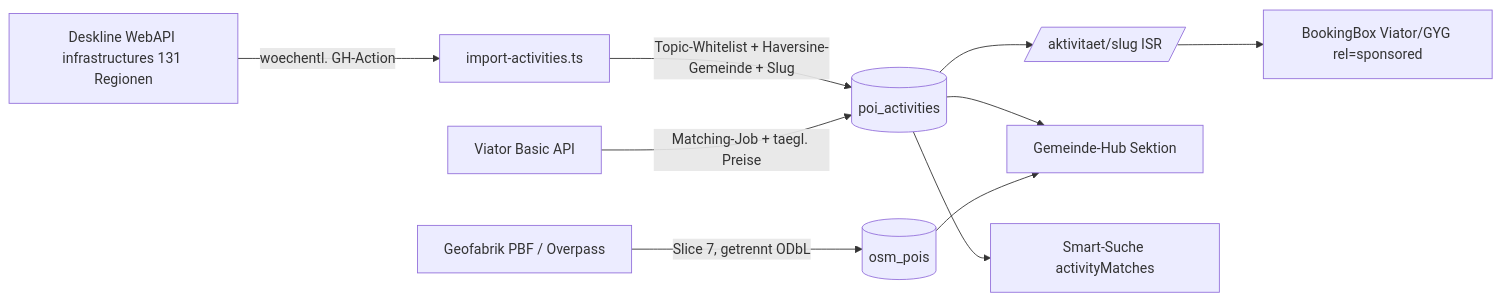
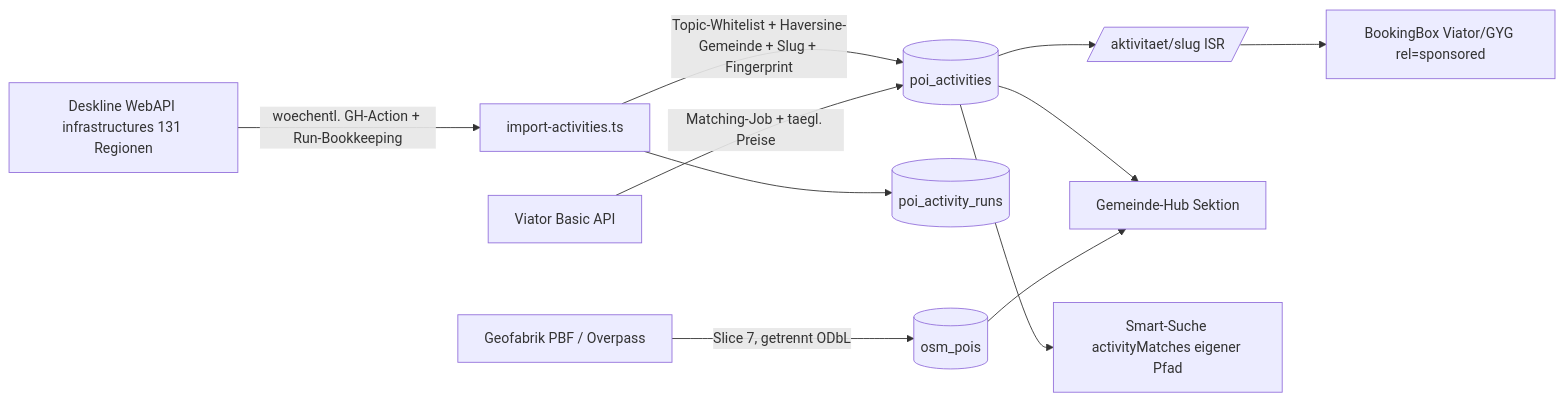
Before and after one commit to panaemonium141099/oesterreich-events: the diagram in .flow/specs/fn-18-freizeitaktivitaeten-poi-bestand.md, drawn with Mermaid. The commit also changed other lines of this file and 10 other files, not shown here.

Commit message:
chore(flow): fn-17.3 done - alle fn-17-Slices abgeschlossen

````diff
--- a/.flow/specs/fn-18-freizeitaktivitaeten-poi-bestand.md
+++ b/.flow/specs/fn-18-freizeitaktivitaeten-poi-bestand.md
@@ -30,12 +33,13 @@
 ```mermaid
 flowchart LR
-  D[Deskline WebAPI infrastructures 131 Regionen] -->|woechentl. GH-Action| I[import-activities.ts]
-  I -->|Topic-Whitelist + Haversine-Gemeinde + Slug| P[(poi_activities)]
+  D[Deskline WebAPI infrastructures 131 Regionen] -->|woechentl. GH-Action + Run-Bookkeeping| I[import-activities.ts]
+  I -->|Topic-Whitelist + Haversine-Gemeinde + Slug + Fingerprint| P[(poi_activities)]
+  I --> R[(poi_activity_runs)]
   O[Geofabrik PBF / Overpass] -->|Slice 7, getrennt ODbL| Q[(osm_pois)]
   V[Viator Basic API] -->|Matching-Job + taegl. Preise| P
   P --> A[/aktivitaet/slug ISR/]
   P --> G[Gemeinde-Hub Sektion]
   Q --> G
-  P --> S[Smart-Suche activityMatches]
+  P --> S[Smart-Suche activityMatches eigener Pfad]
   A --> B[BookingBox Viator/GYG rel=sponsored]
 ```
````
